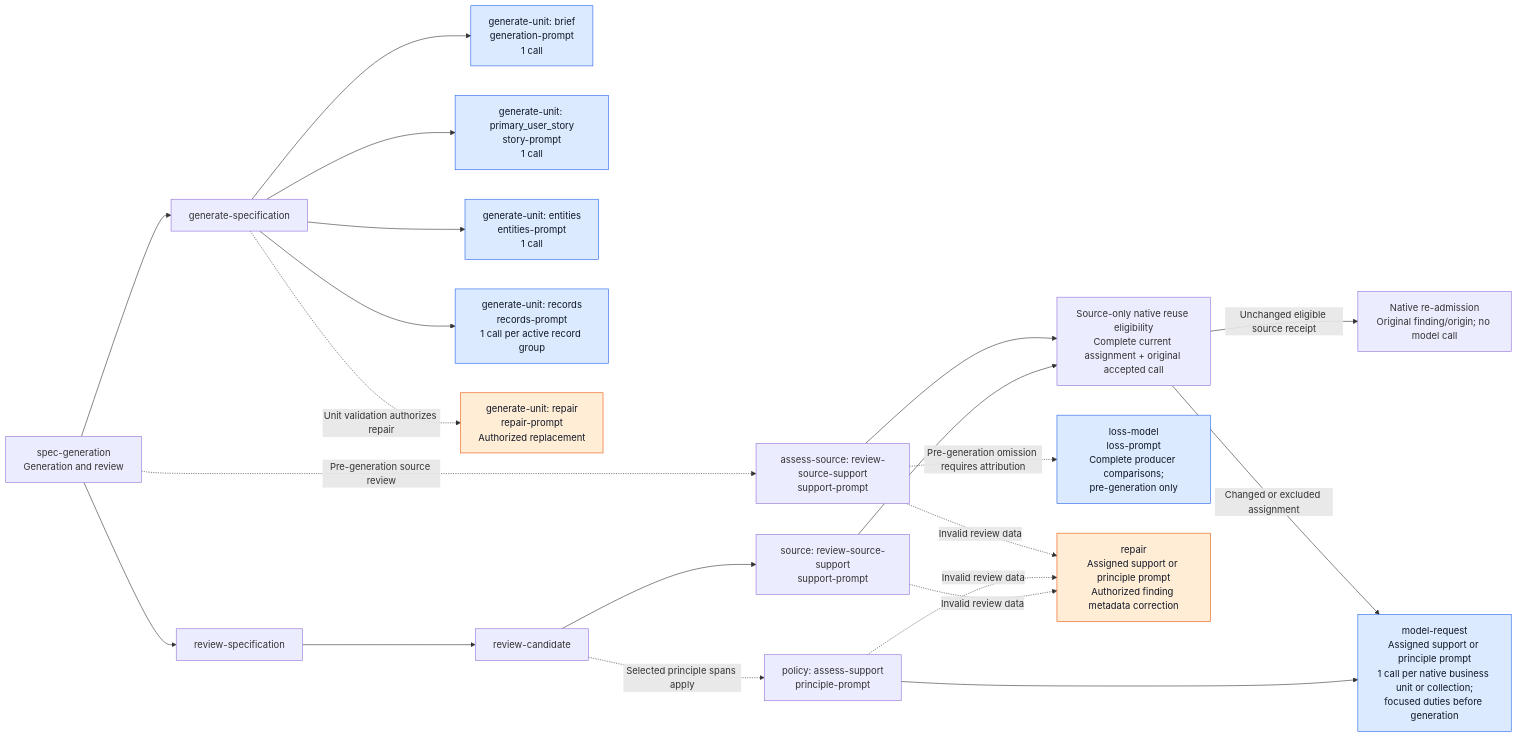
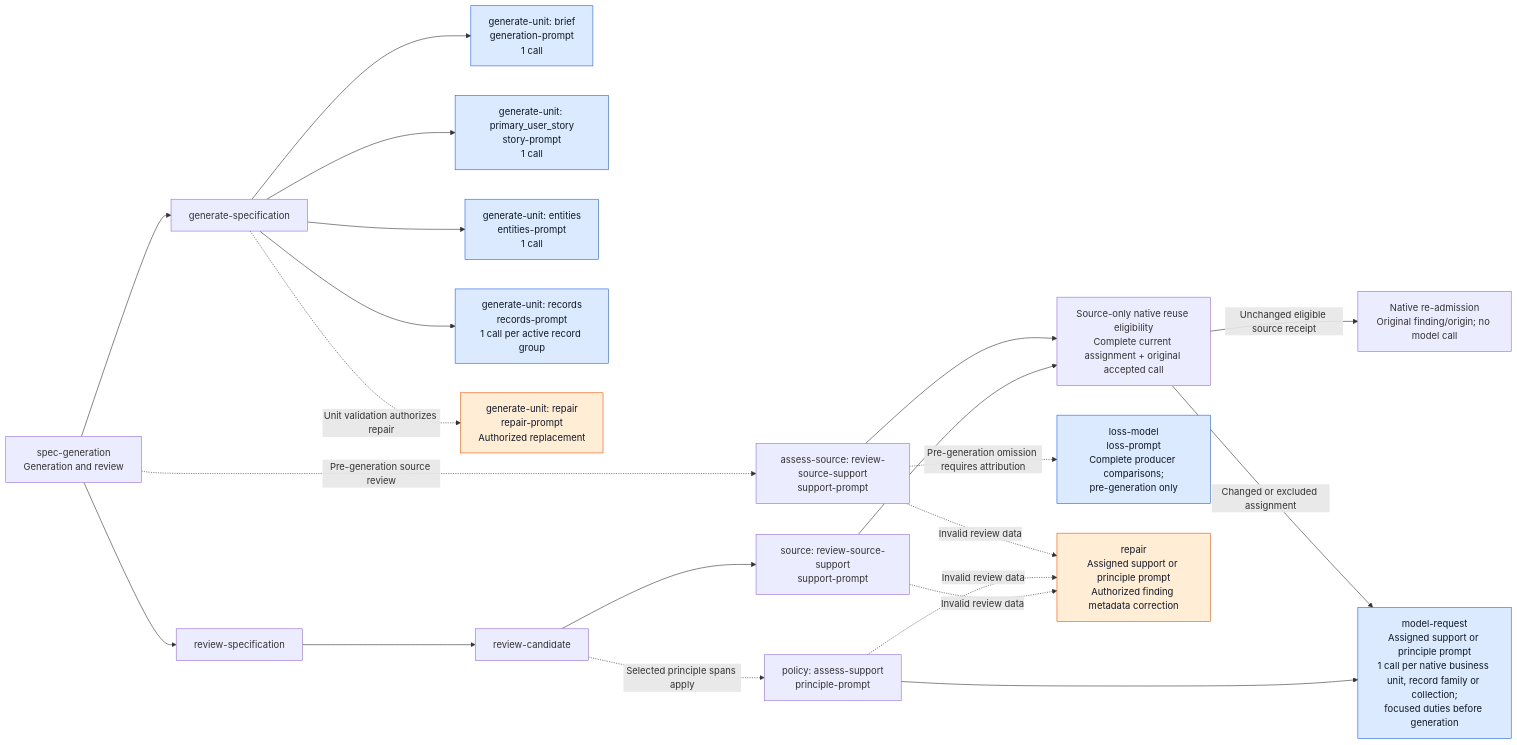
Before and after one commit to littledespot/sdde: the second of 3 diagrams in design/diagrams/21-spec-model-call-tree.md, drawn with Mermaid. The commit also changed other lines of this file and 22 other files, not shown here.

````diff
--- a/design/diagrams/21-spec-model-call-tree.md
+++ b/design/diagrams/21-spec-model-call-tree.md
@@ -117,31 +117,31 @@
 ```mermaid
 flowchart LR
     ROOT["spec-generation<br/>Generation and review"]
     ROOT --> GENERATE["generate-specification"]
     GENERATE --> BRIEF["generate-unit: brief<br/>generation-prompt<br/>1 call"]
     GENERATE --> STORY["generate-unit: primary_user_story<br/>story-prompt<br/>1 call"]
     GENERATE --> ENTITIES["generate-unit: entities<br/>entities-prompt<br/>1 call"]
     GENERATE --> RECORDS["generate-unit: records<br/>records-prompt<br/>1 call per active record group"]
     GENERATE -. "Unit validation authorizes repair" .-> UNIT_REPAIR["generate-unit: repair<br/>repair-prompt<br/>Authorized replacement"]
 
     ROOT --> REVIEW["review-specification"]
     REVIEW --> CANDIDATE["review-candidate"]
     CANDIDATE --> SOURCE["source: review-source-support<br/>support-prompt"]
     CANDIDATE -. "Selected principle spans apply" .-> POLICY["policy: assess-support<br/>principle-prompt"]
     ROOT -. "Pre-generation source review" .-> PRE["assess-source: review-source-support<br/>support-prompt"]
 
     SOURCE --> REUSE["Source-only native reuse eligibility<br/>Complete current assignment + original accepted call"]
     PRE --> REUSE
     POLICY --> FINDING
     REUSE -- "Unchanged eligible source receipt" --> RETAIN["Native re-admission<br/>Original finding/origin; no model call"]
-    REUSE -- "Changed or excluded assignment" --> FINDING["model-request<br/>Assigned support or principle prompt<br/>1 call per native business unit or collection;<br/>focused duties before generation"]
+    REUSE -- "Changed or excluded assignment" --> FINDING["model-request<br/>Assigned support or principle prompt<br/>1 call per native business unit, record family or collection;<br/>focused duties before generation"]
     PRE -. "Pre-generation omission requires attribution" .-> LOSS["loss-model<br/>loss-prompt<br/>Complete producer comparisons;<br/>pre-generation only"]
     SOURCE -. "Invalid review data" .-> SUPPORT_REPAIR["repair<br/>Assigned support or principle prompt<br/>Authorized finding metadata correction"]
     POLICY -. "Invalid review data" .-> SUPPORT_REPAIR
     PRE -. "Invalid review data" .-> SUPPORT_REPAIR
 
     classDef model fill:#dbeafe,stroke:#2563eb,color:#111827;
     classDef repair fill:#ffedd5,stroke:#ea580c,color:#111827;
     class BRIEF,STORY,ENTITIES,RECORDS,FINDING,LOSS model;
     class UNIT_REPAIR,SUPPORT_REPAIR repair;
 ```
````
